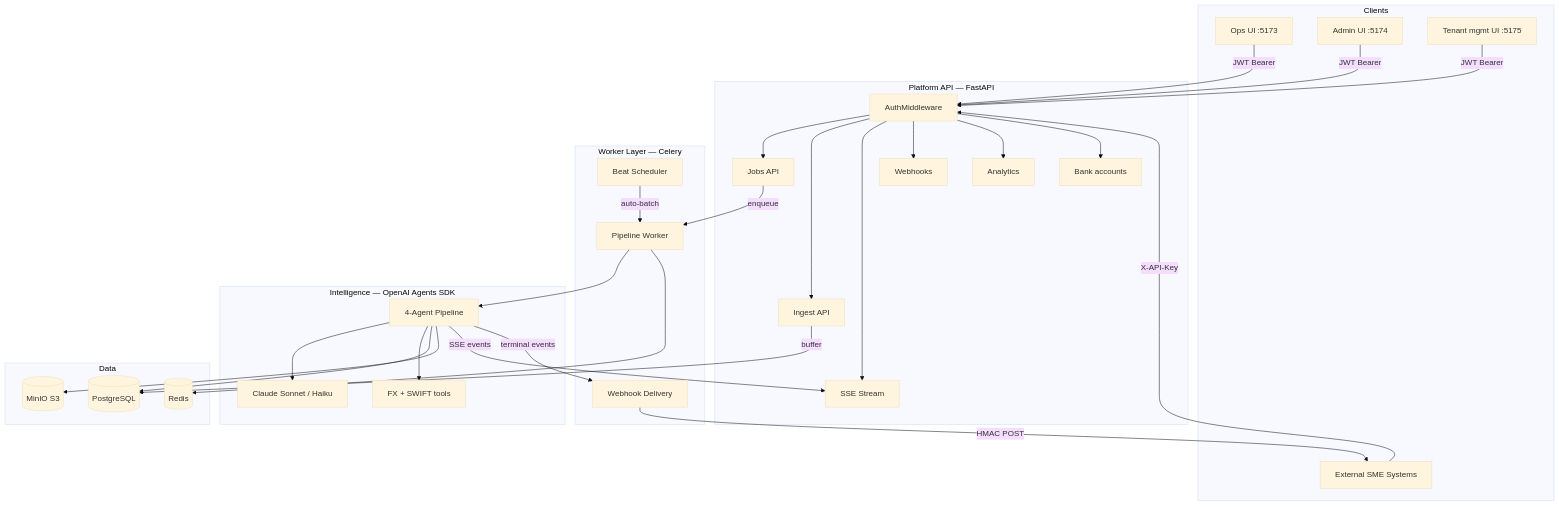
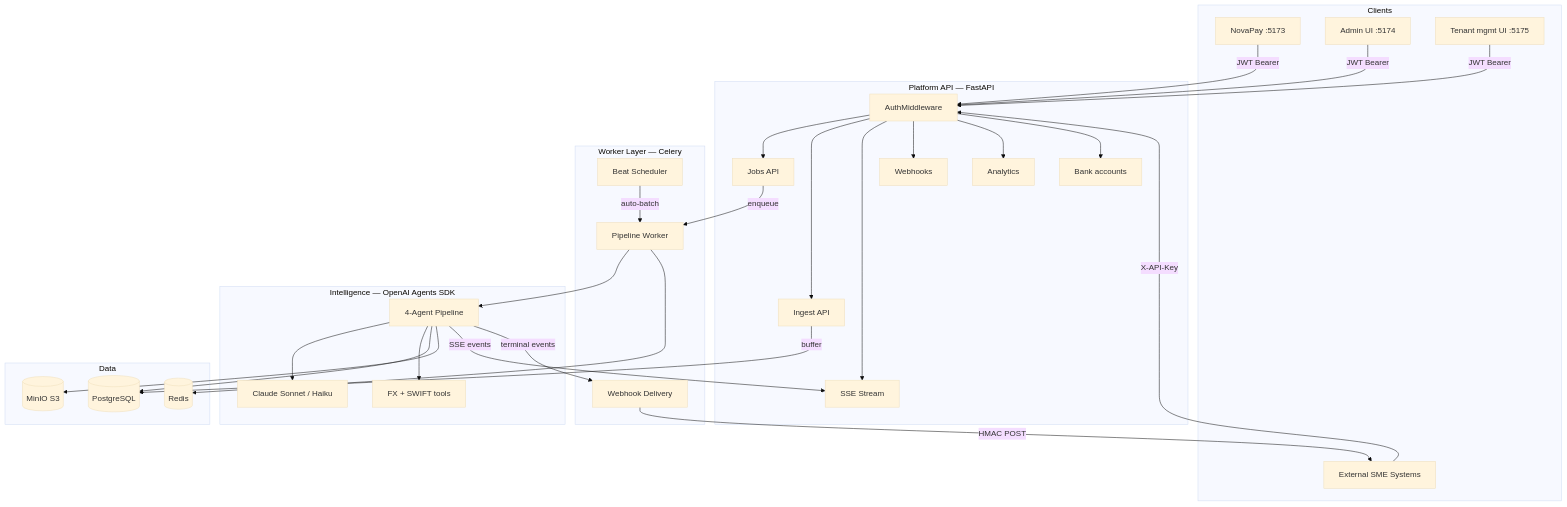
Before and after one commit to adamchok/Aria: the first of 2 diagrams in docs/architecture.md, drawn with Mermaid (base theme). The commit also changed other lines of this file and 114 other files, not shown here.

````diff
--- a/docs/architecture.md
+++ b/docs/architecture.md
@@ -22,45 +22,45 @@
 ```mermaid
 flowchart TB
   subgraph clients [Clients]
-    OPS[Ops UI :5173]
+    NOVA[NovaPay :5173]
     ADMIN[Admin UI :5174]
     MGMT[Tenant mgmt UI :5175]
     SME[External SME Systems]
   end
   subgraph platform [Platform API — FastAPI]
     AUTH[AuthMiddleware]
     JOBS[Jobs API]
     INGEST[Ingest API]
     SSE[SSE Stream]
     WH[Webhooks]
     AN[Analytics]
     BA[Bank accounts]
   end
   subgraph workers [Worker Layer — Celery]
     WORKER[Pipeline Worker]
     BEAT[Beat Scheduler]
     WH_TASK[Webhook Delivery]
   end
   subgraph intelligence [Intelligence — OpenAI Agents SDK]
     LG[4-Agent Pipeline]
     LLM[Claude Sonnet / Haiku]
     FX[FX + SWIFT tools]
   end
   subgraph data [Data]
     PG[(PostgreSQL)]
     RD[(Redis)]
     S3[(MinIO S3)]
   end
-  OPS & ADMIN & MGMT -->|JWT Bearer| AUTH
+  NOVA & ADMIN & MGMT -->|JWT Bearer| AUTH
   SME -->|X-API-Key| AUTH
   AUTH --> JOBS & INGEST & SSE & WH & AN & BA
   INGEST -->|buffer| PG
   BEAT -->|auto-batch| WORKER
   JOBS -->|enqueue| WORKER
   WORKER --> LG
   LG --> LLM & FX & PG & S3
   LG -->|SSE events| SSE
   LG -->|terminal events| WH_TASK
   WH_TASK -->|HMAC POST| SME
   WORKER --> RD
 ```
````
